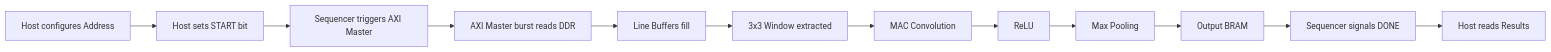
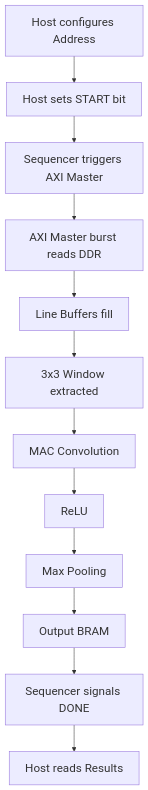
The second of 2 diagrams in README.md (Ruusheka/DVCON-Hackathon), drawn with Mermaid before and after one commit. The commit also changed other lines of this file and 4 other files, not shown here.

````diff
--- a/README.md
+++ b/README.md
@@ -106,14 +107,15 @@
 ```mermaid
-flowchart LR
+%%{init: {'theme': 'default', 'themeVariables': { 'fontSize': '22px', 'primaryTextColor': '#000000', 'lineColor': '#333333'}}}%%
+flowchart TD
     A[Host configures Address] --> B[Host sets START bit]
     B --> C[Sequencer triggers AXI Master]
     C --> D[AXI Master burst reads DDR]
     D --> E[Line Buffers fill]
     E --> F[3x3 Window extracted]
     F --> G[MAC Convolution]
     G --> H[ReLU]
     H --> I[Max Pooling]
     I --> J[Output BRAM]
     J --> K[Sequencer signals DONE]
     K --> L[Host reads Results]
 ```
````
